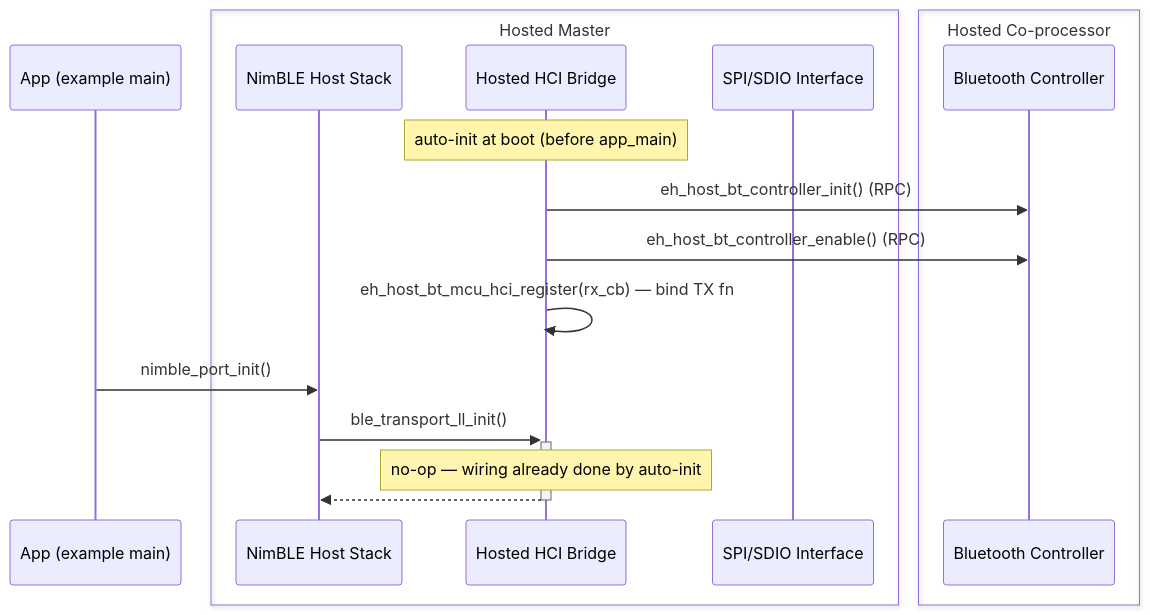
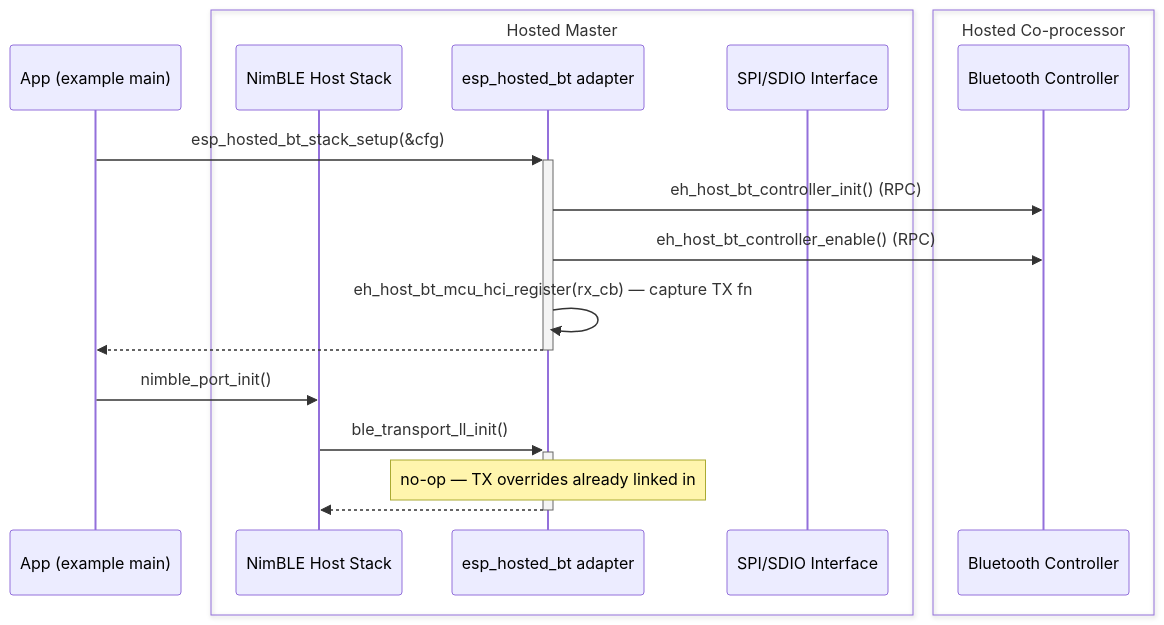
The first of 12 diagrams in docs/design/bluetooth.md (espressif/esp-hosted), drawn with Mermaid before and after one commit. The commit also changed other lines of this file and 13 other files, not shown here.

Commit message:
bt: docs — rewrite for the esp_hosted_bt_stack_setup adapter API

````diff
--- a/docs/design/bluetooth.md
+++ b/docs/design/bluetooth.md
@@ -87,23 +94,24 @@
 ```mermaid
 sequenceDiagram
     participant app as App (example main)
     box transparent Hosted Master
     participant ble as NimBLE Host Stack
-    participant hhci as Hosted HCI Bridge
+    participant hhci as esp_hosted_bt adapter
     participant master as SPI/SDIO Interface
     end
 
     box transparent Hosted Co-processor
     participant slave as Bluetooth Controller
     end
 
-    Note over hhci : auto-init at boot (before app_main)
+    app ->> +hhci : esp_hosted_bt_stack_setup(&cfg)
     hhci ->> slave : eh_host_bt_controller_init() (RPC)
     hhci ->> slave : eh_host_bt_controller_enable() (RPC)
-    hhci ->> hhci : eh_host_bt_mcu_hci_register(rx_cb) — bind TX fn
+    hhci ->> hhci : eh_host_bt_mcu_hci_register(rx_cb) — capture TX fn
+    hhci -->> -app :
 
     app ->> ble : nimble_port_init()
     ble ->> +hhci : ble_transport_ll_init()
-    Note over hhci : no-op — wiring already done by auto-init
+    Note over hhci : no-op — TX overrides already linked in
     hhci -->> -ble :
 ```
````
